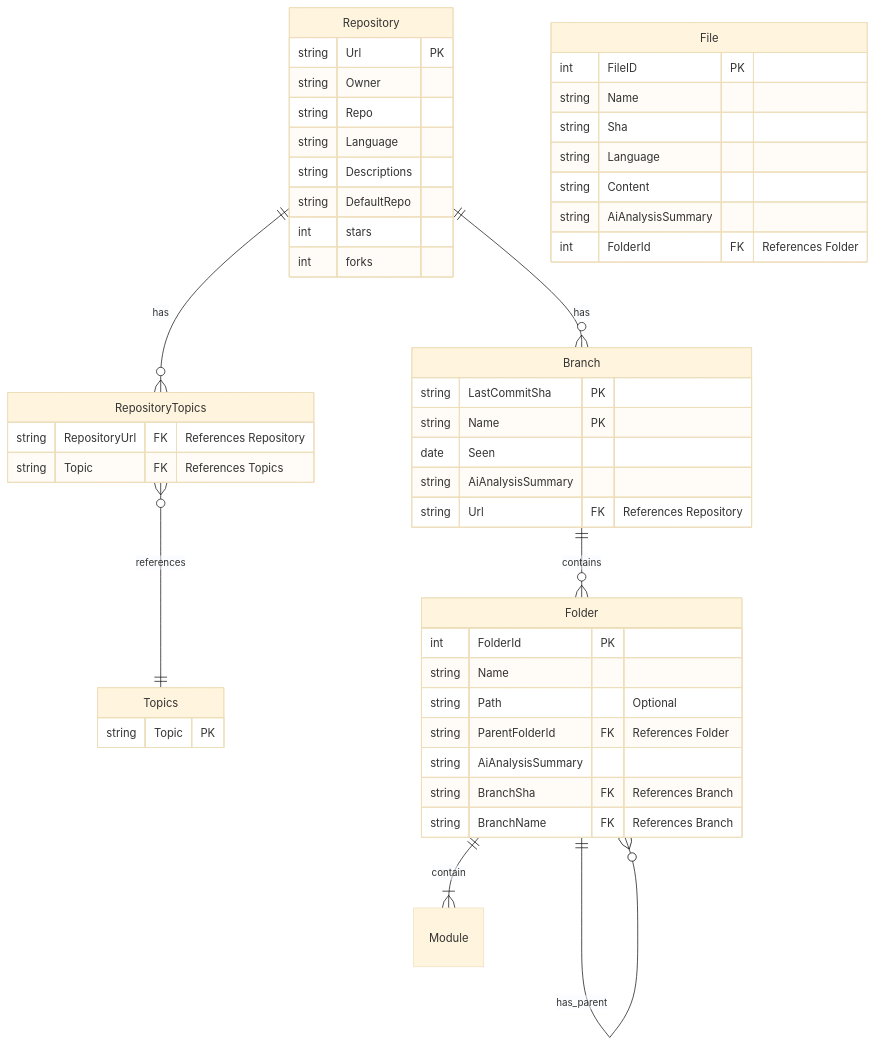
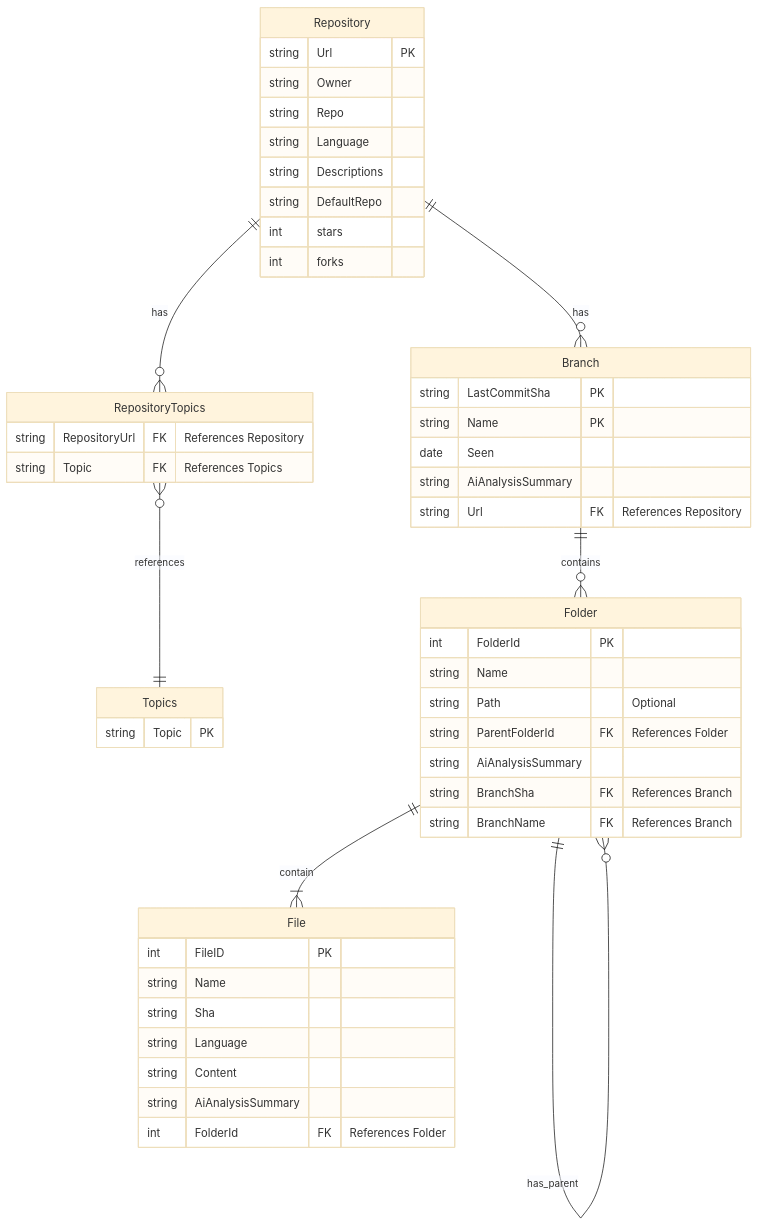
The diagram in docs/README.md (daeisbae/open-repo-wiki), drawn with Mermaid (base theme) before and after one commit.

Commit message:
Change in database attributes (#6)

````diff
--- a/docs/README.md
+++ b/docs/README.md
@@ -243,57 +243,57 @@
 ```mermaid
 erDiagram
     Repository {
         string Url PK
         string Owner
         string Repo
         string Language
         string Descriptions
         string DefaultRepo
         int stars
         int forks
     }
 
     Topics {
         string Topic PK
     }
 
     RepositoryTopics {
 	    string RepositoryUrl FK "References Repository"
 	    string Topic FK "References Topics"
     }
 
     Branch {
         string LastCommitSha PK
         string Name PK
         date Seen
         string AiAnalysisSummary
         string Url FK "References Repository"
     }
 
     Folder {
         int FolderId PK
         string Name
         string Path "Optional"
         string ParentFolderId FK "References Folder"
         string AiAnalysisSummary
         string BranchSha FK "References Branch"
         string BranchName FK "References Branch"
     }
 
     File {
 		int FileID PK
         string Name
         string Sha
         string Language
         string Content
         string AiAnalysisSummary
         int FolderId FK "References Folder"
     }
 
     Repository ||--o{ Branch : has
     Repository ||--o{ RepositoryTopics : has
     RepositoryTopics }o--|| Topics : references
     Branch ||--o{ Folder : contains
     Folder ||--o{ Folder : has_parent
-    Folder ||--|{ Module : contain
+    Folder ||--|{ File : contain
 ```
````
